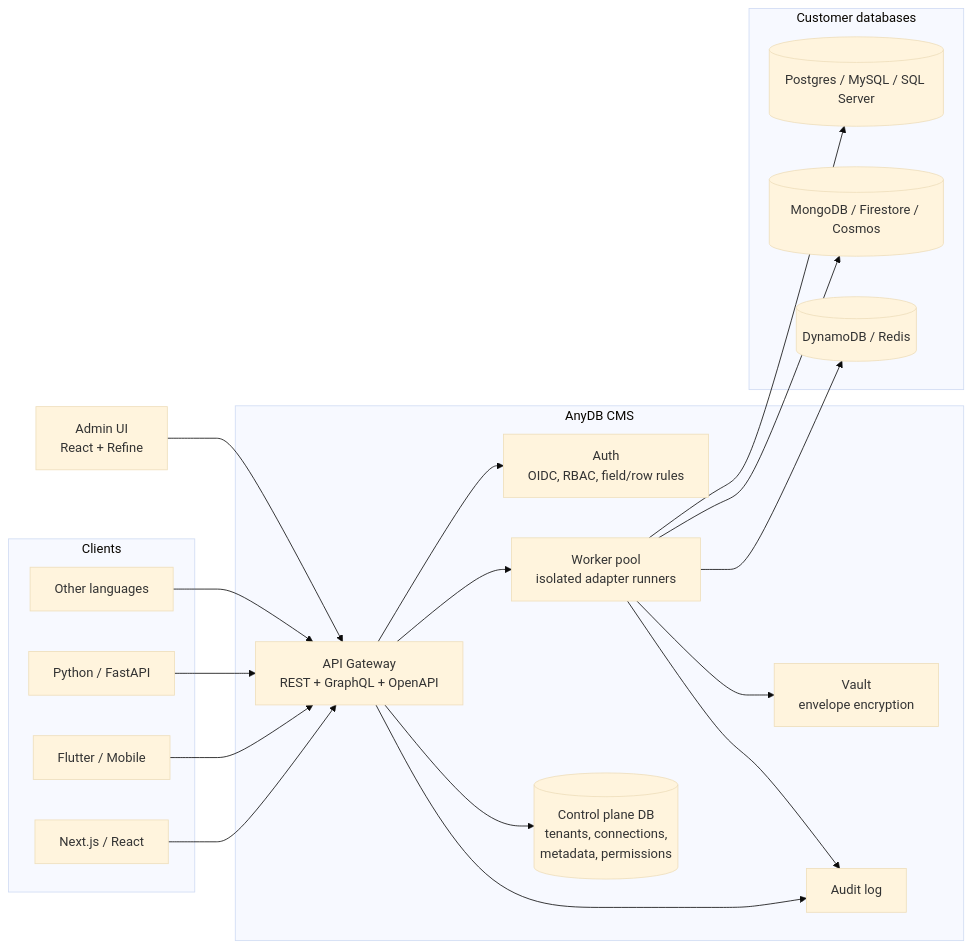
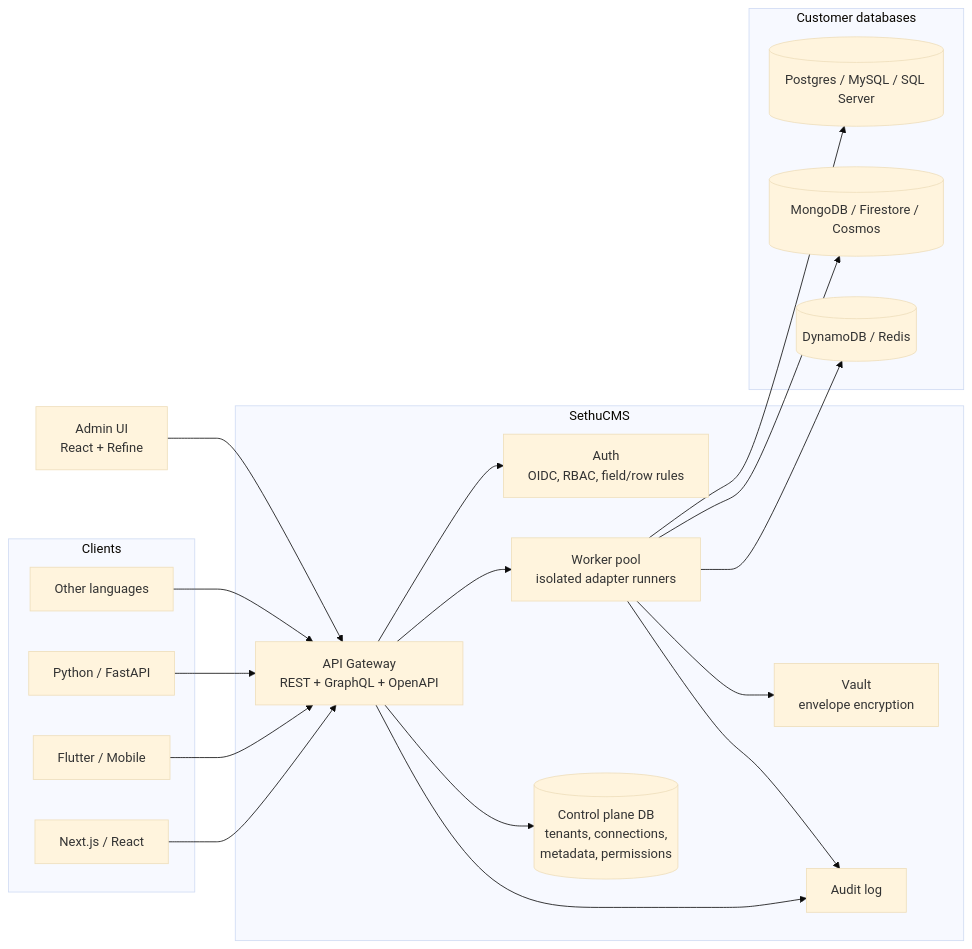
Before and after one commit to SethuCMS/SethuCMS-docs: the first of 7 diagrams in docs/04-architecture.md, drawn with Mermaid (base theme). The commit also changed 41 other files, not shown here.

````diff
--- a/docs/04-architecture.md
+++ b/docs/04-architecture.md
@@ -5,35 +5,35 @@
 ```mermaid
 flowchart LR
     subgraph Clients
         W[Next.js / React]
         F[Flutter / Mobile]
         P[Python / FastAPI]
         O[Other languages]
     end
     ADM[Admin UI<br/>React + Refine]
 
-    subgraph AnyDB CMS
+    subgraph SethuCMS
         GW[API Gateway<br/>REST + GraphQL + OpenAPI]
         AUTH[Auth<br/>OIDC, RBAC, field/row rules]
         WK[Worker pool<br/>isolated adapter runners]
         VLT[Vault<br/>envelope encryption]
         AUD[Audit log]
         CP[(Control plane DB<br/>tenants, connections,<br/>metadata, permissions)]
     end
 
     subgraph Customer databases
         SQL[(Postgres / MySQL / SQL Server)]
         DOC[(MongoDB / Firestore / Cosmos)]
         KV[(DynamoDB / Redis)]
     end
 
     W & F & P & O --> GW
     ADM --> GW
     GW --> AUTH
     GW --> CP
     GW --> WK
     WK --> VLT
     WK --> SQL & DOC & KV
     GW --> AUD
     WK --> AUD
 ```
````
